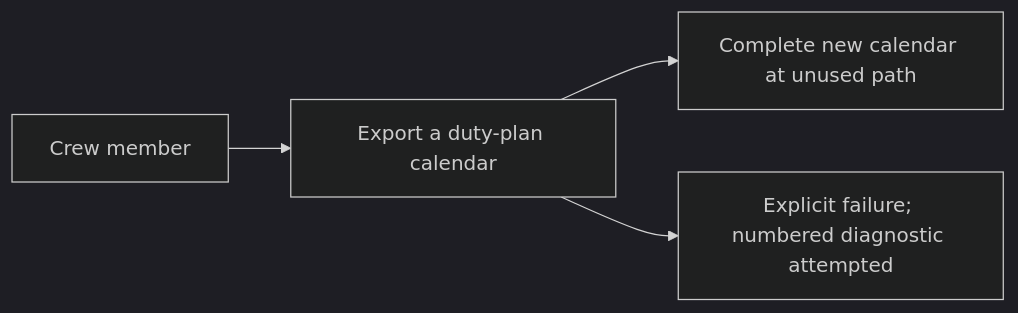
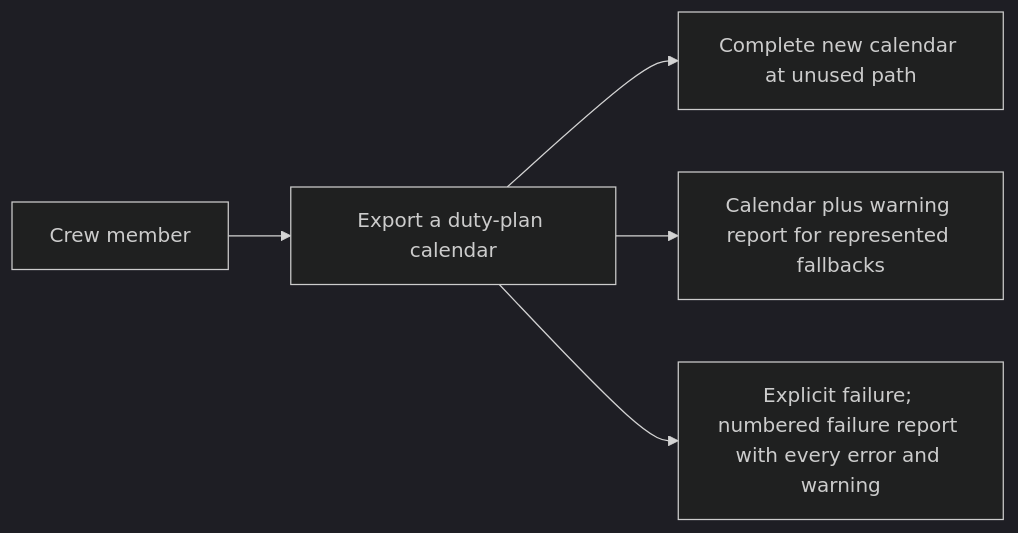
Before and after one commit to duty2cal/duty2cal: the diagram in givn/specs/export-duty-plan-calendar/usecase.md, drawn with Mermaid (dark theme). The commit also changed other lines of this file and 18 other files, not shown here.

````diff
--- a/givn/specs/export-duty-plan-calendar/usecase.md
+++ b/givn/specs/export-duty-plan-calendar/usecase.md
@@ -200,6 +226,7 @@
 ```mermaid
 flowchart LR
   crew["Crew member"] --> goal["Export a duty-plan calendar"]
   goal --> published["Complete new calendar at unused path"]
-  goal --> failed["Explicit failure; numbered diagnostic attempted"]
+  goal --> warned["Calendar plus warning report for represented fallbacks"]
+  goal --> failed["Explicit failure; numbered failure report with every error and warning"]
 ```
````
